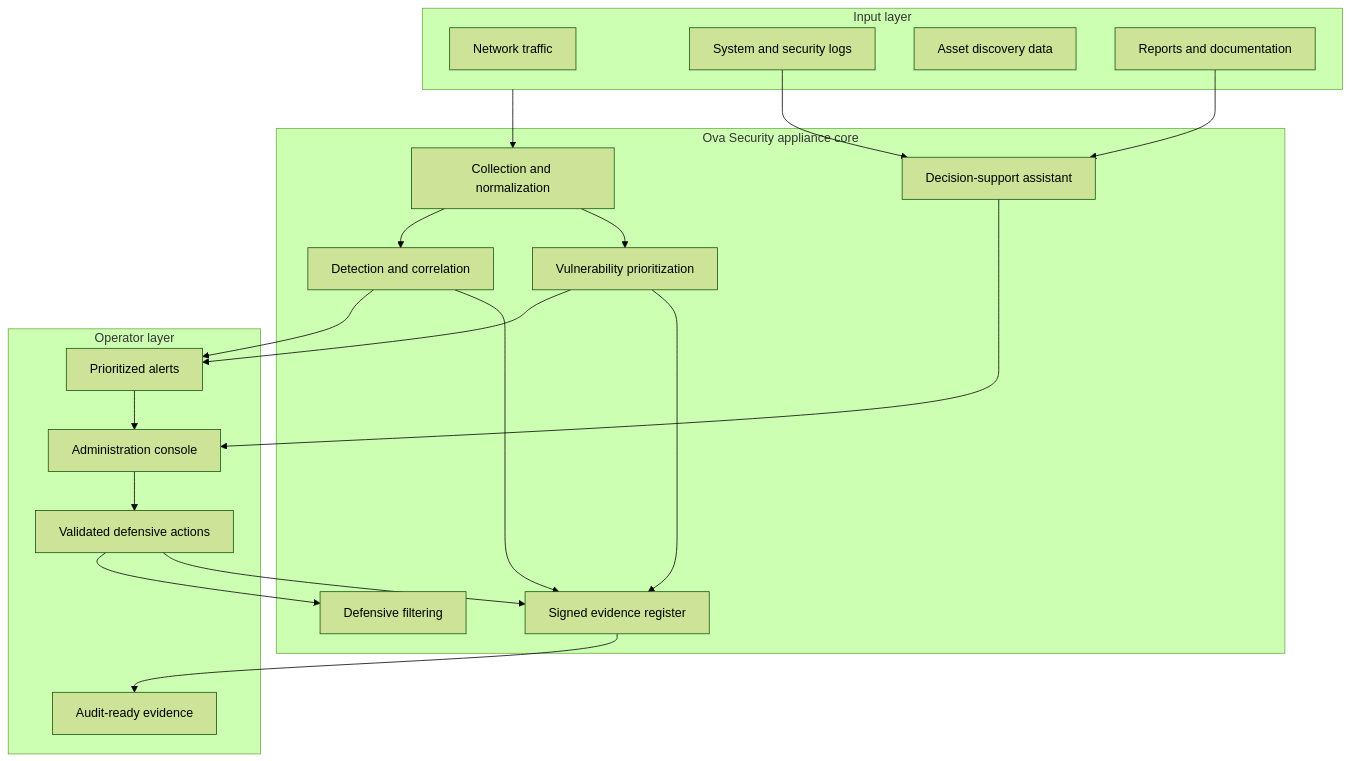
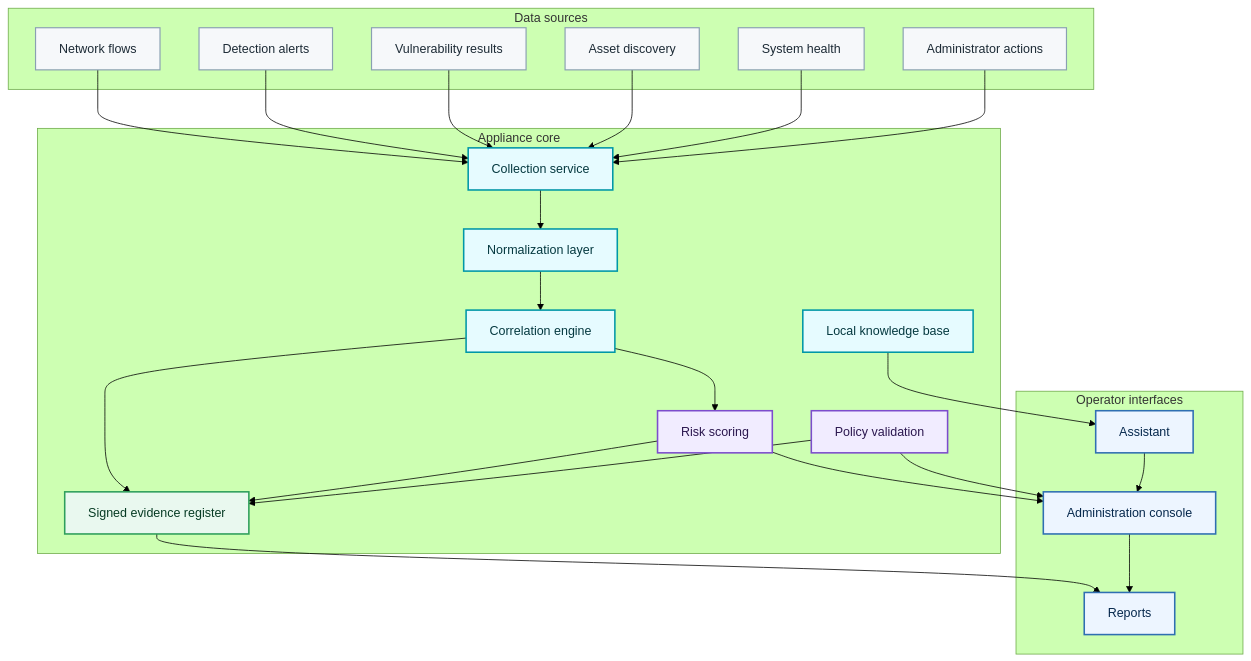
The third of 12 diagrams in README.md (G-omar3/Ova_Security), drawn with Mermaid (forest theme) before and after one commit. The commit also changed other lines of this file, not shown here.

Commit message:
Enrich architecture README

````diff
--- a/README.md
+++ b/README.md
@@ -41,41 +148,56 @@
 ```mermaid
 flowchart TB
-  subgraph Input["Input layer"]
-    Traffic[Network traffic]
-    Logs[System and security logs]
-    Assets[Asset discovery data]
-    Reports[Reports and documentation]
+  subgraph Sources["Data sources"]
+    Network[Network flows]
+    Alerts[Detection alerts]
+    Vulns[Vulnerability results]
+    Inventory[Asset discovery]
+    System[System health]
+    AdminActions[Administrator actions]
   end
 
-  subgraph Core["Ova Security appliance core"]
-    Collection[Collection and normalization]
-    Detection[Detection and correlation]
-    Vulnerability[Vulnerability prioritization]
-    Filtering[Defensive filtering]
+  subgraph Core["Appliance core"]
+    Collector[Collection service]
+    Normalizer[Normalization layer]
+    Correlator[Correlation engine]
+    Risk[Risk scoring]
+    Policy[Policy validation]
     Ledger[Signed evidence register]
-    Assistant[Decision-support assistant]
+    Knowledge[Local knowledge base]
   end
 
-  subgraph Output["Operator layer"]
+  subgraph Interfaces["Operator interfaces"]
     Console[Administration console]
-    Alerts[Prioritized alerts]
-    Evidence[Audit-ready evidence]
-    Actions[Validated defensive actions]
+    Reports[Reports]
+    Assistant[Assistant]
   end
 
-  Input --> Collection
-  Collection --> Detection
-  Collection --> Vulnerability
-  Detection --> Alerts
-  Vulnerability --> Alerts
-  Alerts --> Console
-  Console --> Actions
-  Actions --> Filtering
-  Detection --> Ledger
-  Vulnerability --> Ledger
-  Actions --> Ledger
-  Reports --> Assistant
-  Logs --> Assistant
+  Network --> Collector
+  Alerts --> Collector
+  Vulns --> Collector
+  Inventory --> Collector
+  System --> Collector
+  AdminActions --> Collector
+  Collector --> Normalizer --> Correlator --> Risk
+  Risk --> Console
+  Policy --> Console
+  Correlator --> Ledger
+  Risk --> Ledger
+  Policy --> Ledger
+  Knowledge --> Assistant
+  Ledger --> Reports
+  Console --> Reports
   Assistant --> Console
-  Ledger --> Evidence
+
+  classDef source fill:#f6f8fa,stroke:#8aa0b2,stroke-width:1.5px,color:#1d2b36;
+  classDef core fill:#e6fbff,stroke:#0097a7,stroke-width:2px,color:#053940;
+  classDef risk fill:#f1ecff,stroke:#7c4dcc,stroke-width:2px,color:#2b174f;
+  classDef evidence fill:#e9f8ef,stroke:#2e9e5b,stroke-width:2px,color:#073b24;
+  classDef ui fill:#edf5ff,stroke:#2f6fb2,stroke-width:2px,color:#06284d;
+
+  class Network,Alerts,Vulns,Inventory,System,AdminActions source;
+  class Collector,Normalizer,Correlator,Knowledge core;
+  class Risk,Policy risk;
+  class Ledger evidence;
+  class Console,Reports,Assistant ui;
 ```
````
